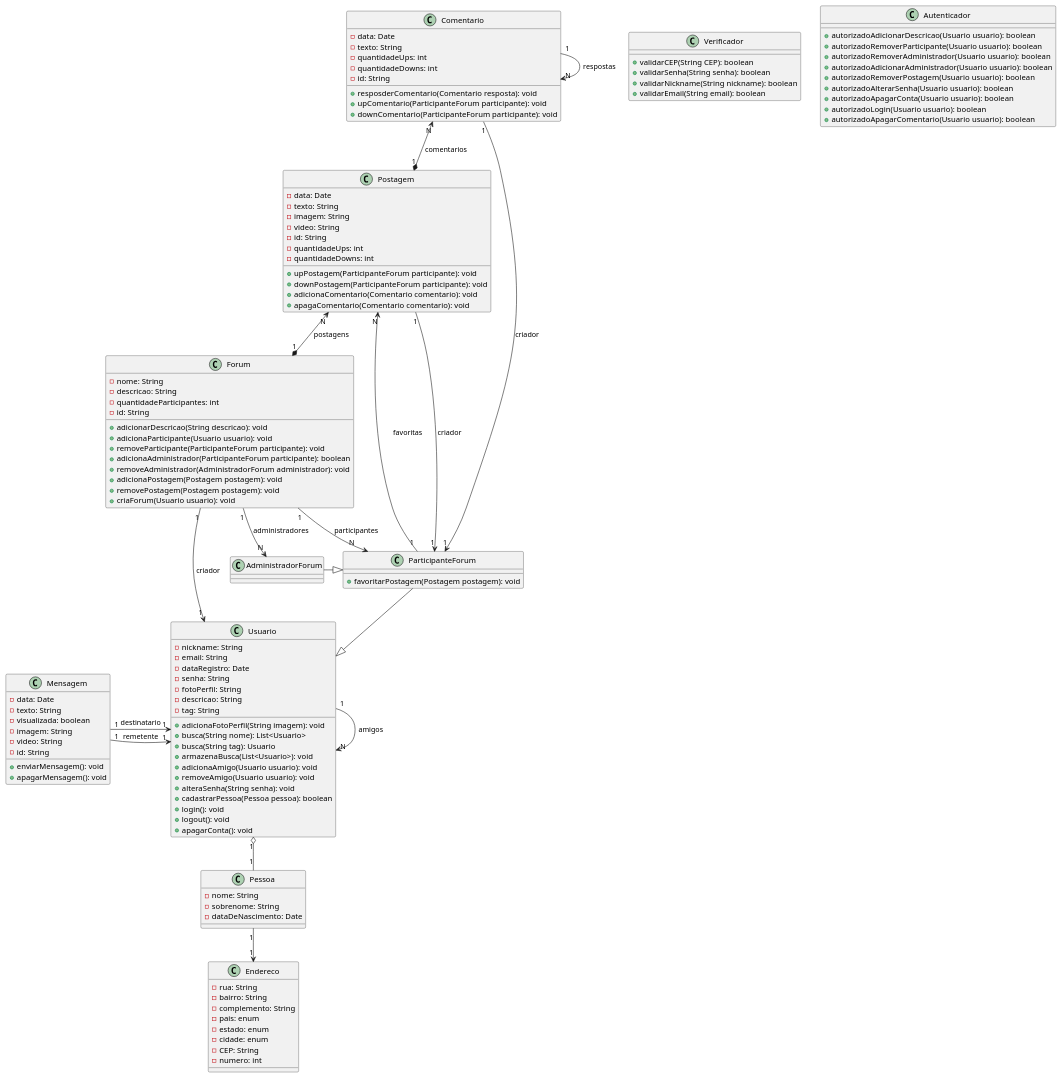
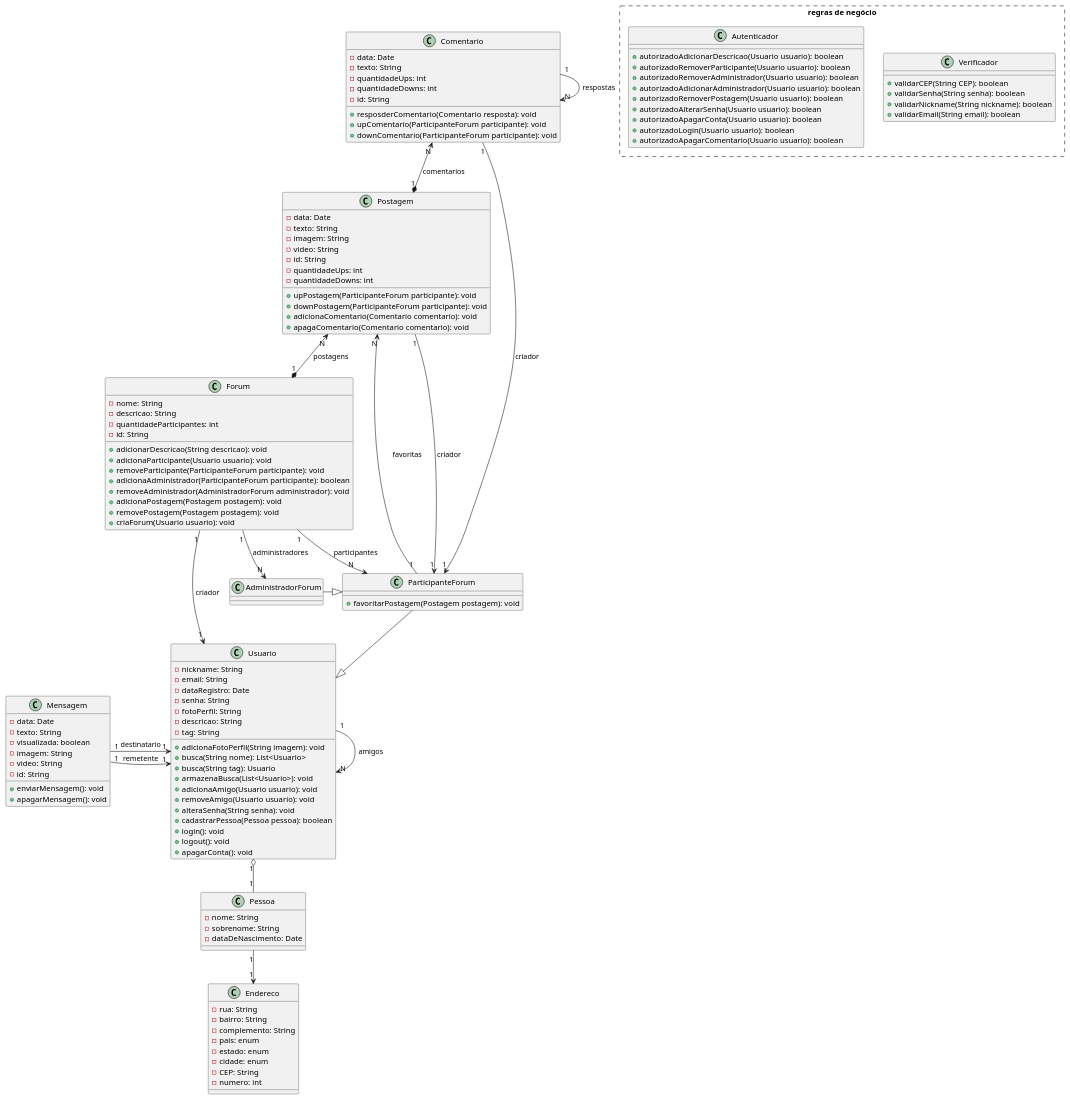
Before and after one commit to nogueiralegacy/plantuml: the diagram in diagrama.puml, drawn with PlantUML.

Commit message:
Regras de negócio

```diff
--- a/diagrama.puml
+++ b/diagrama.puml
@@ -1,134 +1,136 @@
 @startuml diagrama
 
 class Endereco {
 -rua: String
 -bairro: String
 -complemento: String
 -pais: enum
 -estado: enum
 -cidade: enum
 -CEP: String
 -numero: int
 }
 
 class Pessoa {
 -nome: String
 -sobrenome: String
 -dataDeNascimento: Date
 }
 
 class Usuario {
 -nickname: String
 -email: String
 -dataRegistro: Date
 -senha: String
 -fotoPerfil: String
 -descricao: String
 -tag: String
 +adicionaFotoPerfil(String imagem): void
 +busca(String nome): List<Usuario>
 +busca(String tag): Usuario
 +armazenaBusca(List<Usuario>): void
 +adicionaAmigo(Usuario usuario): void
 +removeAmigo(Usuario usuario): void
 +alteraSenha(String senha): void
 +cadastrarPessoa(Pessoa pessoa): boolean
 +login(): void
 +logout(): void
 +apagarConta(): void
 }
 
 class Mensagem {
 -data: Date
 -texto: String
 -visualizada: boolean
 -imagem: String
 -video: String
 -id: String
 +enviarMensagem(): void
 +apagarMensagem(): void
 }
 
 class Forum {
 -nome: String
 -descricao: String
 -quantidadeParticipantes: int
 -id: String
 +adicionarDescricao(String descricao): void
 +adicionaParticipante(Usuario usuario): void
 +removeParticipante(ParticipanteForum participante): void
 +adicionaAdministrador(ParticipanteForum participante): boolean
 +removeAdministrador(AdministradorForum administrador): void
 +adicionaPostagem(Postagem postagem): void
 +removePostagem(Postagem postagem): void
 +criaForum(Usuario usuario): void
 }
 
-class Verificador {
+rectangle "regras de negócio" #line.dashed {
+    class Verificador {
 +validarCEP(String CEP): boolean
 +validarSenha(String senha): boolean
 +validarNickname(String nickname): boolean
 +validarEmail(String email): boolean
 }
 
 class Autenticador {
 +autorizadoAdicionarDescricao(Usuario usuario): boolean
 +autorizadoRemoverParticipante(Usuario usuario): boolean
 +autorizadoRemoverAdministrador(Usuario usuario): boolean
 +autorizadoAdicionarAdministrador(Usuario usuario): boolean
 +autorizadoRemoverPostagem(Usuario usuario): boolean
 +autorizadoAlterarSenha(Usuario usuario): boolean
 +autorizadoApagarConta(Usuario usuario): boolean
 +autorizadoLogin(Usuario usuario): boolean
 +autorizadoApagarComentario(Usuario usuario): boolean
+}
 }
 
 class AdministradorForum {
 }
 
 class ParticipanteForum {
 +favoritarPostagem(Postagem postagem): void
 }
 
 class Comentario {
 -data: Date
 -texto: String
 -quantidadeUps: int
 -quantidadeDowns: int
 -id: String
 +resposderComentario(Comentario resposta): void
 +upComentario(ParticipanteForum participante): void
 +downComentario(ParticipanteForum participante): void
 }
 
 class Postagem {
 -data: Date
 -texto: String
 -imagem: String
 -video: String
 -id: String
 -quantidadeUps: int
 -quantidadeDowns: int
 +upPostagem(ParticipanteForum participante): void
 +downPostagem(ParticipanteForum participante): void
 +adicionaComentario(Comentario comentario): void
 +apagaComentario(Comentario comentario): void
 }  
 
 Forum "1" --> "1" Usuario : criador
 Comentario "1" --> "1" ParticipanteForum : criador
 Postagem "1" --> "1" ParticipanteForum : criador
 ParticipanteForum "1" --> "N" Postagem : favoritas
 Postagem "1" *-up-> "N" Comentario : comentarios
 Comentario "1" -right-> "N" Comentario : respostas
 Forum "1" -down-> "N" ParticipanteForum : participantes
 Forum "1" -down-> "N" AdministradorForum : administradores
 Forum "1" *-up-> "N" Postagem : postagens
 ParticipanteForum --|> Usuario
 AdministradorForum -right-|> ParticipanteForum
 Usuario "1" --> "N" Usuario : amigos
 Usuario "1" o-down- "1" Pessoa
 Pessoa "1" -down-> "1" Endereco
 Mensagem "1" -right-> "1" Usuario : remetente
 Mensagem "1" -right-> "1" Usuario : destinatario
 @enduml
```
